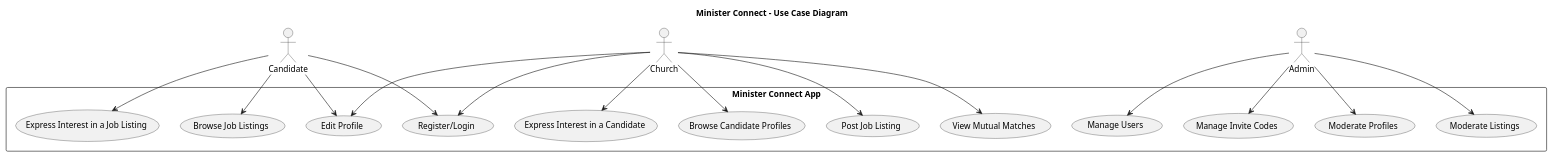
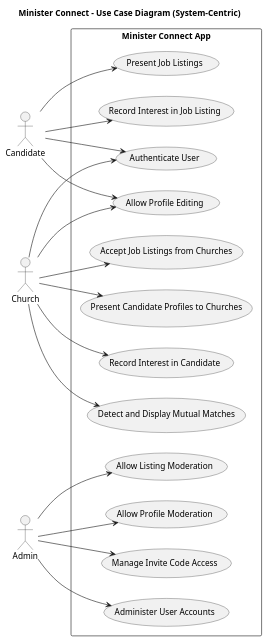
The diagram in docs/use-case-diagram.puml (ginabethrussell/ministerconnect), drawn with PlantUML before and after one commit. The commit also changed 1 other file, not shown here.

Commit message:
updates usecase diagram to system perspective

```diff
--- a/docs/use-case-diagram.puml
+++ b/docs/use-case-diagram.puml
@@ -1,42 +1,46 @@
 @startuml
-title Minister Connect - Use Case Diagram
+title Minister Connect - Use Case Diagram (System-Centric)
+left to right direction
 
 actor Candidate
 actor Church
 actor Admin
 
 rectangle "Minister Connect App" {
-  (Register/Login)
-  (Edit Profile)
-  (Browse Job Listings)
-  (Express Interest in a Job Listing)
-  (View Mutual Matches)
 
-  (Post Job Listing)
-  (Browse Candidate Profiles)
-  (Express Interest in a Candidate)
-
-  (Moderate Listings)
-  (Moderate Profiles)
-  (Manage Invite Codes)
-  (Manage Users)
+  (Authenticate User)
+  (Allow Profile Editing)
+  
+  (Present Job Listings)
+  (Record Interest in Job Listing)
+  
+  (Accept Job Listings from Churches)
+  (Present Candidate Profiles to Churches)
+  (Record Interest in Candidate)
+  
+  (Detect and Display Mutual Matches)
+  
+  (Allow Listing Moderation)
+  (Allow Profile Moderation)
+  (Manage Invite Code Access)
+  (Administer User Accounts)
 }
 
-Candidate --> (Register/Login)
-Candidate --> (Edit Profile)
-Candidate --> (Browse Job Listings)
-Candidate --> (Express Interest in a Job Listing)
+Candidate --> (Authenticate User)
+Candidate --> (Allow Profile Editing)
+Candidate --> (Present Job Listings)
+Candidate --> (Record Interest in Job Listing)
 
-Church --> (Register/Login)
-Church --> (Edit Profile)
-Church --> (Post Job Listing)
-Church --> (Browse Candidate Profiles)
-Church --> (Express Interest in a Candidate)
-Church --> (View Mutual Matches)
+Church --> (Authenticate User)
+Church --> (Allow Profile Editing)
+Church --> (Accept Job Listings from Churches)
+Church --> (Present Candidate Profiles to Churches)
+Church --> (Record Interest in Candidate)
+Church --> (Detect and Display Mutual Matches)
 
-Admin --> (Moderate Listings)
-Admin --> (Moderate Profiles)
-Admin --> (Manage Invite Codes)
-Admin --> (Manage Users)
+Admin --> (Allow Listing Moderation)
+Admin --> (Allow Profile Moderation)
+Admin --> (Manage Invite Code Access)
+Admin --> (Administer User Accounts)
 
 @enduml
```
